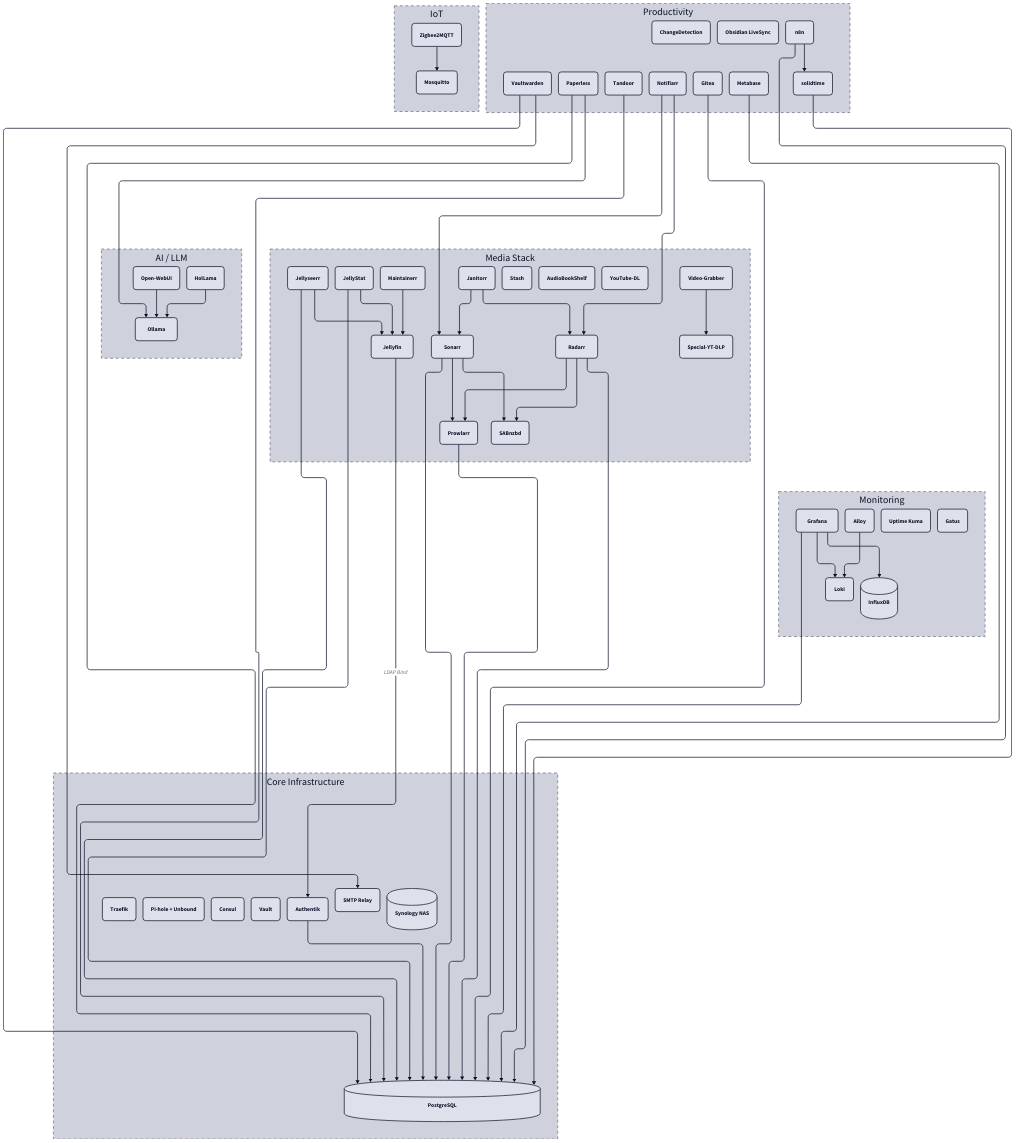
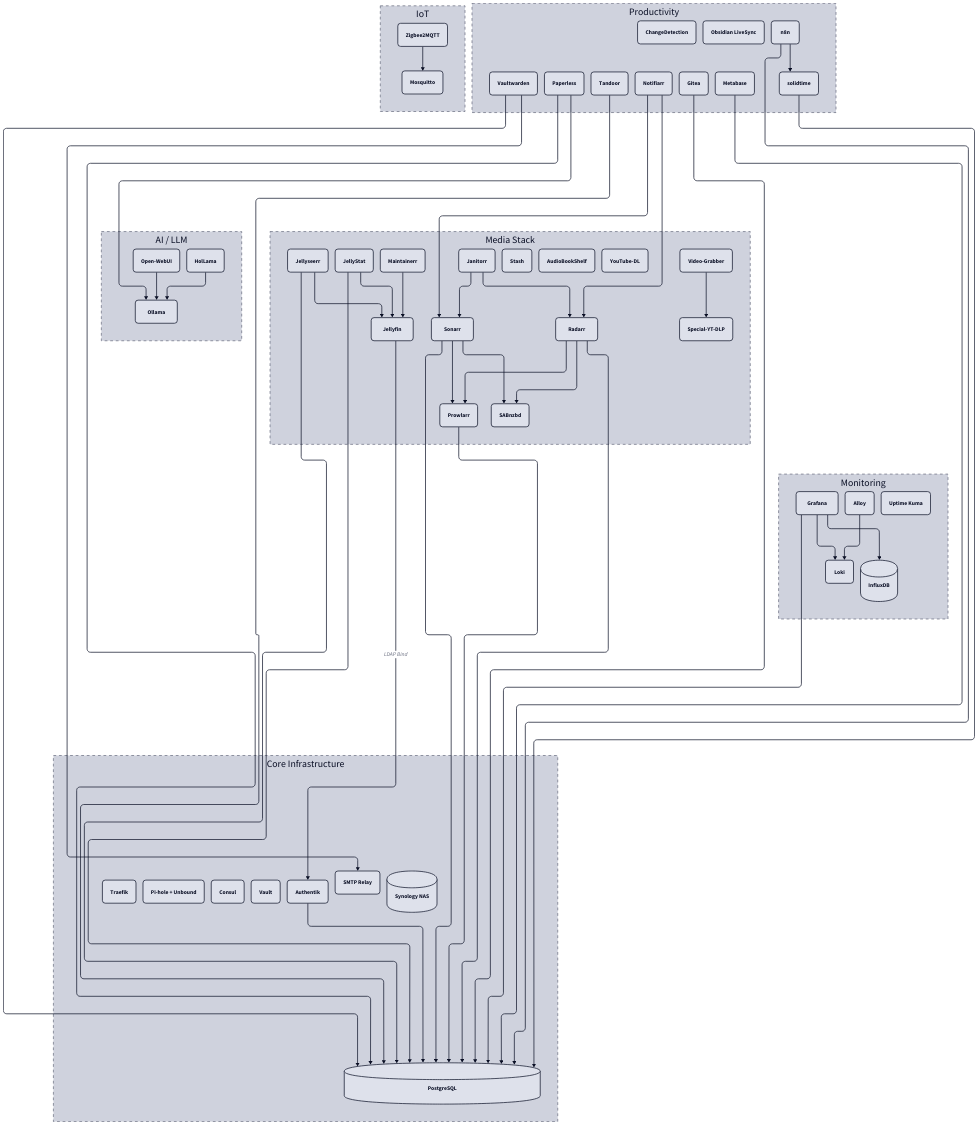
Before and after one commit to derever-labs/homelab-wiki: the diagram in docs/_querschnitt/service-abhaengigkeiten.md, drawn with D2. The commit also changed other lines of this file and 17 other files, not shown here.

```diff
--- a/docs/_querschnitt/service-abhaengigkeiten.md
+++ b/docs/_querschnitt/service-abhaengigkeiten.md
@@ -62,7 +62,6 @@
   INFLUX: InfluxDB { shape: cylinder; style.border-radius: 8 }
   ALLOY: Alloy { style.border-radius: 8 }
   UK: Uptime Kuma { style.border-radius: 8 }
-  GATUS: Gatus { style.border-radius: 8 }
 }
 
 Prod: Productivity {
```
